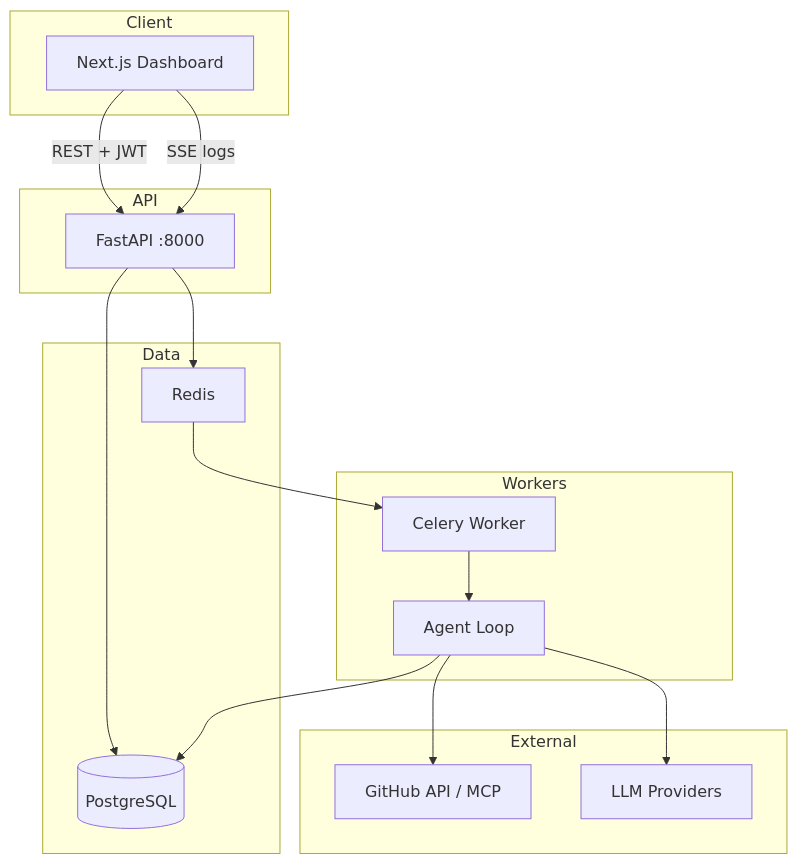
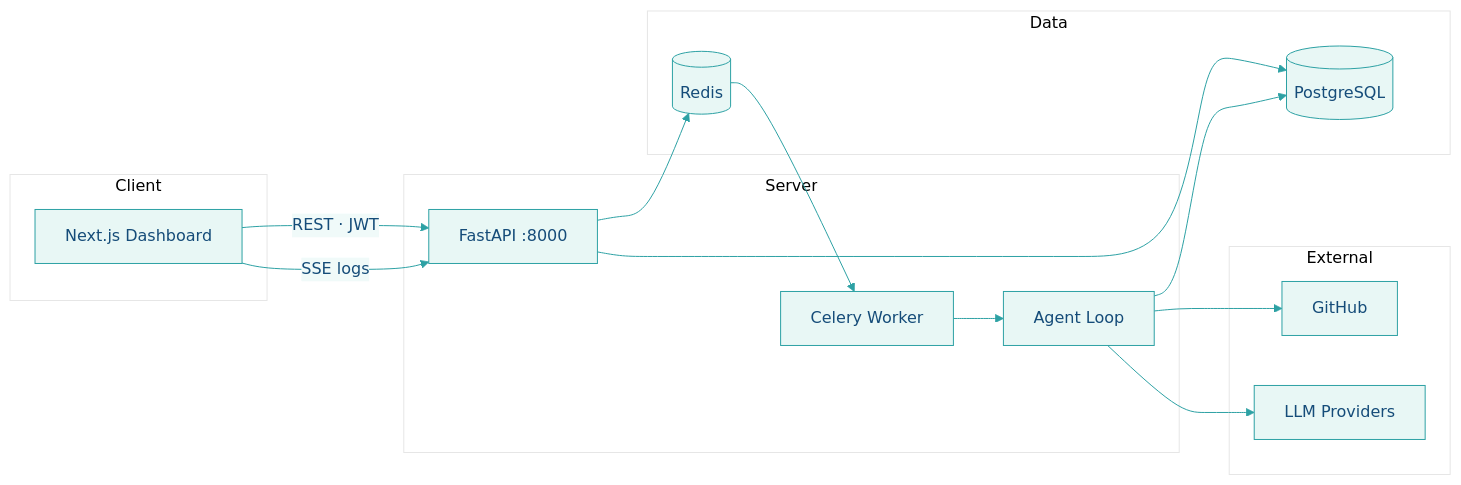
The diagram in README.md (imrrohitt/AutoPM), drawn with Mermaid before and after one commit. The commit also changed other lines of this file, not shown here.

First line of the commit message:
Redesign README for a polished, professional GitHub presentation.

````diff
--- a/README.md
+++ b/README.md
@@ -140,35 +122,33 @@
 ```mermaid
-flowchart TB
-  subgraph Client
-    UI[Next.js Dashboard]
+%%{init: {'theme': 'base', 'themeVariables': { 'primaryColor': '#e8f7f5', 'primaryTextColor': '#154c79', 'primaryBorderColor': '#2da1a4', 'lineColor': '#2da1a4', 'secondaryColor': '#f0faf9', 'tertiaryColor': '#fff'}}}%%
+flowchart LR
+  subgraph Client["Client"]
+    UI["Next.js Dashboard"]
   end
 
-  subgraph API
-    FastAPI[FastAPI :8000]
+  subgraph Server["Server"]
+    API["FastAPI :8000"]
+    W["Celery Worker"]
+    A["Agent Loop"]
   end
 
-  subgraph Data
-    PG[(PostgreSQL)]
-    RQ[Redis]
+  subgraph Store["Data"]
+    PG[("PostgreSQL")]
+    RD[("Redis")]
   end
 
-  subgraph Workers
-    Celery[Celery Worker]
-    Agent[Agent Loop]
+  subgraph External["External"]
+    GH["GitHub"]
+    LLM["LLM Providers"]
   end
 
-  subgraph External
-    GH[GitHub API / MCP]
-    LLM[LLM Providers]
-  end
-
-  UI -->|REST + JWT| FastAPI
-  UI -->|SSE logs| FastAPI
-  FastAPI --> PG
-  FastAPI --> RQ
-  RQ --> Celery
-  Celery --> Agent
-  Agent --> GH
-  Agent --> LLM
-  Agent --> PG
+  UI -->|"REST · JWT"| API
+  UI -->|"SSE logs"| API
+  API --> PG
+  API --> RD
+  RD --> W
+  W --> A
+  A --> GH
+  A --> LLM
+  A --> PG
 ```
````
